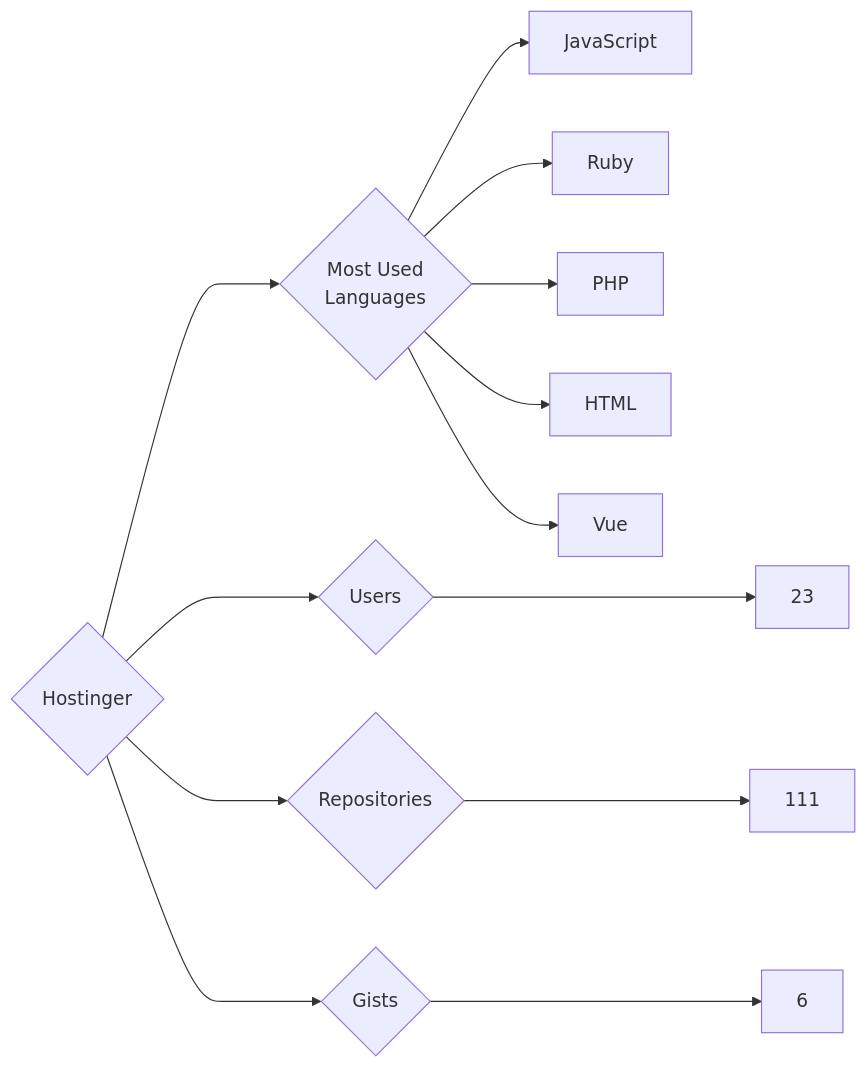
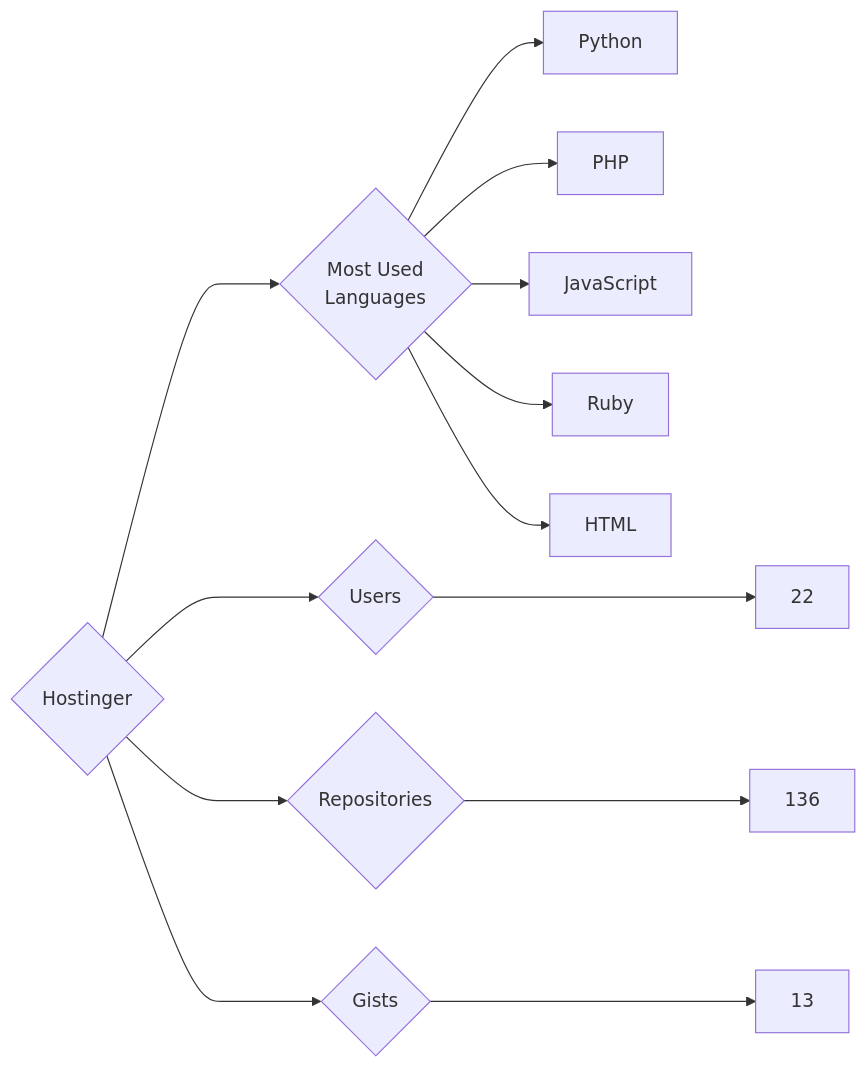
Before and after one commit to trickest/insiders: the diagram in targets/Hostinger/README.md, drawn with Mermaid. The commit also changed 809 other files, not shown here.

````diff
--- a/targets/Hostinger/README.md
+++ b/targets/Hostinger/README.md
@@ -3,13 +3,13 @@
 ```mermaid
 graph LR
 COMPANY_NAME{Hostinger}
-COMPANY_NAME ---> U{Users} ---> UN[23]
-COMPANY_NAME ---> R{Repositories} ---> RN[111]
-COMPANY_NAME ---> G{Gists} ---> GN[6]
+COMPANY_NAME ---> U{Users} ---> UN[22]
+COMPANY_NAME ---> R{Repositories} ---> RN[136]
+COMPANY_NAME ---> G{Gists} ---> GN[13]
 COMPANY_NAME ---> ML{Most Used<br>Languages}
+ML --> Python[Python]
+ML --> PHP[PHP]
 ML --> JavaScript[JavaScript]
 ML --> Ruby[Ruby]
-ML --> PHP[PHP]
 ML --> HTML[HTML]
-ML --> Vue[Vue]
 ```
````
